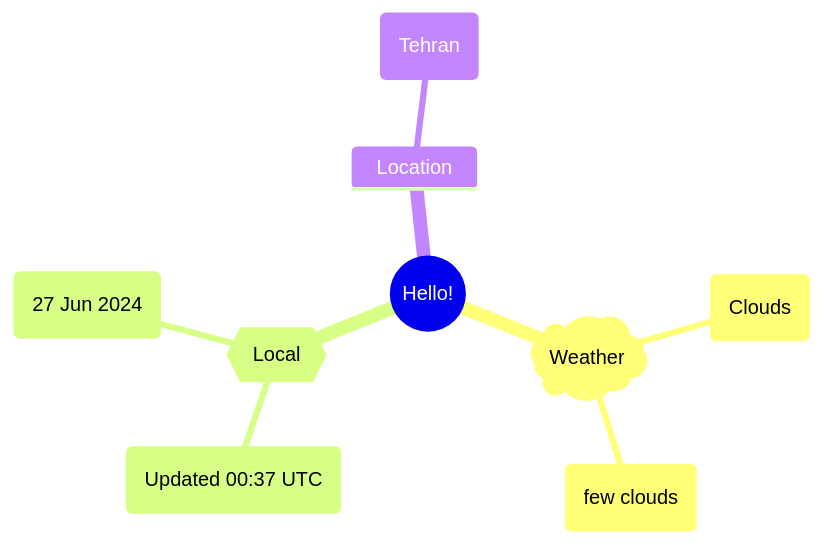
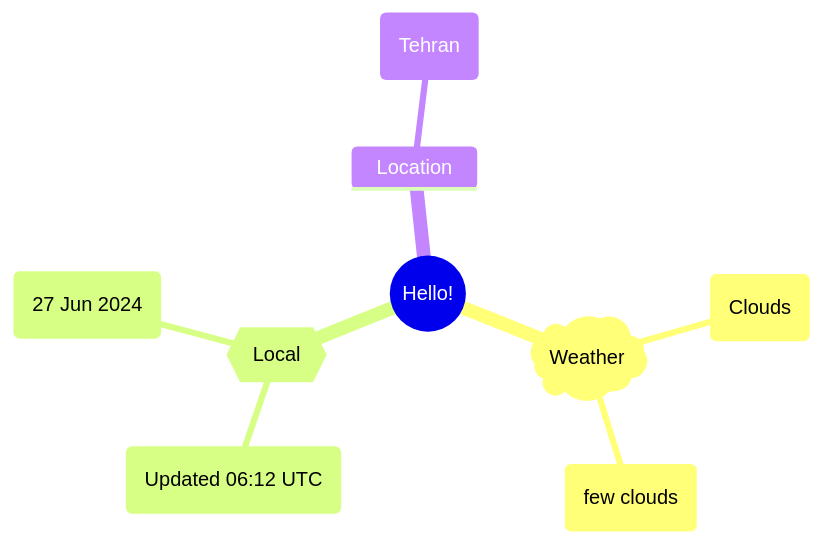
The first of 2 diagrams in README.md (Xosrov/Xosrov), drawn with Mermaid before and after one commit.

Commit message:
[bot] updated images

````diff
--- a/README.md
+++ b/README.md
@@ -3,12 +3,12 @@
 ```mermaid
 mindmap
   root((Hello!))
     )Weather(
         (Clouds)
         (few clouds)
     {{Local}}
-        (Updated 00:37 UTC)
+        (Updated 06:12 UTC)
         (27 Jun 2024)
     Location
         (Tehran)
 ```
````
